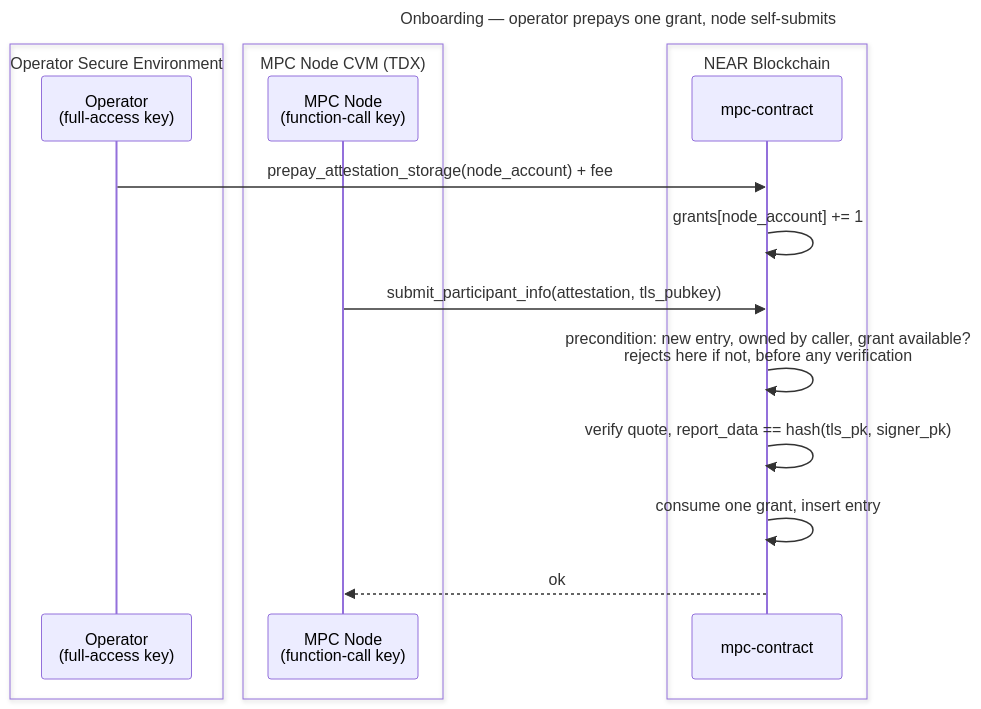
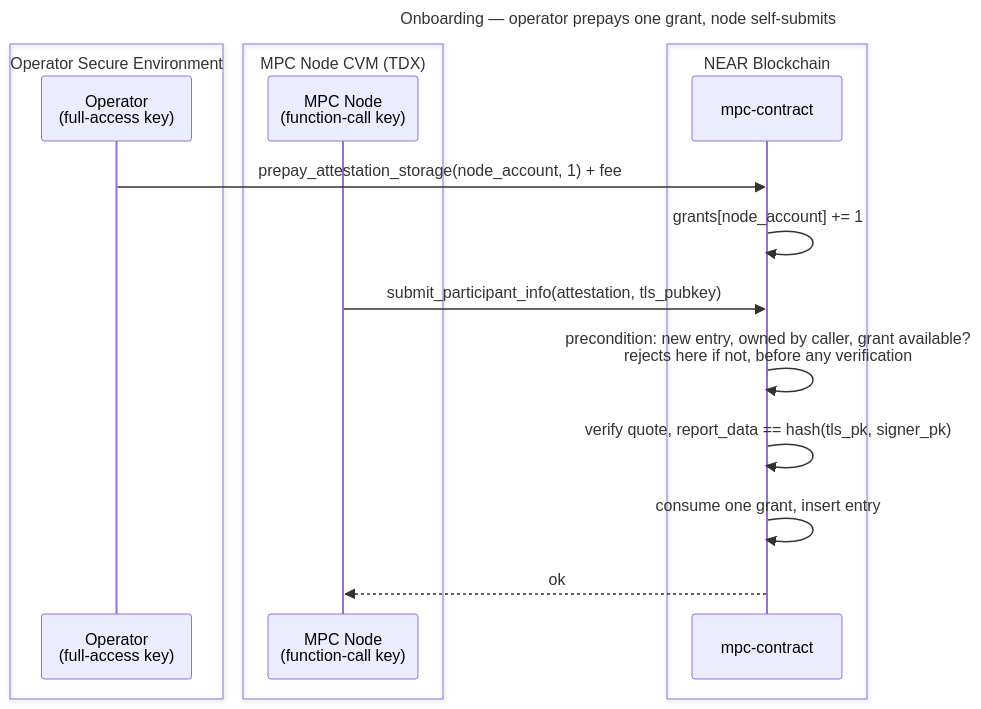
Before and after one commit to near/mpc: the diagram in docs/design/operator-prepaid-attestation-storage.md, drawn with Mermaid. The commit also changed other lines of this file, not shown here.

First line of the commit message:
docs(design): prepay takes an explicit grant count

````diff
--- a/docs/design/operator-prepaid-attestation-storage.md
+++ b/docs/design/operator-prepaid-attestation-storage.md
@@ -70,24 +68,24 @@
 ```mermaid
 ---
 title: Onboarding — operator prepays one grant, node self-submits
 ---
 sequenceDiagram
     box Operator Secure Environment
         participant OP as Operator<br/>(full-access key)
     end
     box MPC Node CVM (TDX)
         participant NODE as MPC Node<br/>(function-call key)
     end
     box NEAR Blockchain
         participant BC as mpc-contract
     end
 
-    OP ->> BC: prepay_attestation_storage(node_account) + fee
+    OP ->> BC: prepay_attestation_storage(node_account, 1) + fee
     BC ->> BC: grants[node_account] += 1
 
     NODE ->> BC: submit_participant_info(attestation, tls_pubkey)
     BC ->> BC: precondition: new entry, owned by caller, grant available?<br/>rejects here if not, before any verification
     BC ->> BC: verify quote, report_data == hash(tls_pk, signer_pk)
     BC ->> BC: consume one grant, insert entry
     BC -->> NODE: ok
 ```
````
